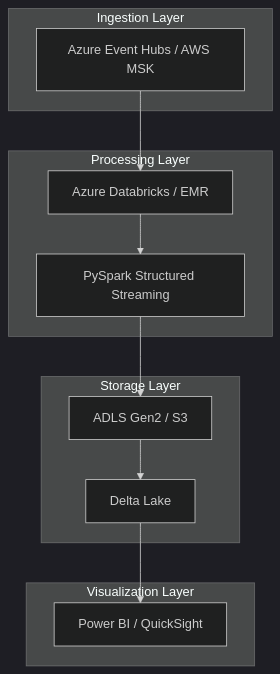
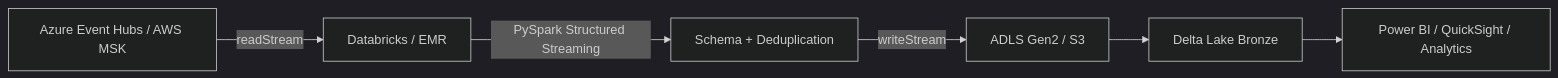
The first of 2 diagrams in ARCHITECTURE.md (Sasireddy001/Cloud-data-platform), drawn with Mermaid (dark theme) before and after one commit. The commit also changed other lines of this file and 1 other file, not shown here.

Commit message:
Replace ARCHITECTURE.md and add SYSTEM_DESIGN.md

````diff
--- a/ARCHITECTURE.md
+++ b/ARCHITECTURE.md
@@ -9,26 +7,8 @@
 ```mermaid
-graph TB
-    subgraph "Ingestion Layer"
-        A[Azure Event Hubs / AWS MSK]
-    end
-
-    subgraph "Processing Layer"
-        B[Azure Databricks / EMR]
-        C[PySpark Structured Streaming]
-    end
-
-    subgraph "Storage Layer"
-        D[ADLS Gen2 / S3]
-        E[Delta Lake]
-    end
-
-    subgraph "Visualization Layer"
-        F[Power BI / QuickSight]
-    end
-
-    A --> B
-    B --> C
-    C --> D
-    D --> E
-    E --> F
+graph LR
+    A[Azure Event Hubs / AWS MSK] -->|readStream| B[Databricks / EMR]
+    B -->|PySpark Structured Streaming| C[Schema + Deduplication]
+    C -->|writeStream| D[ADLS Gen2 / S3]
+    D --> E[Delta Lake Bronze]
+    E --> F[Power BI / QuickSight / Analytics]
 ```
````
